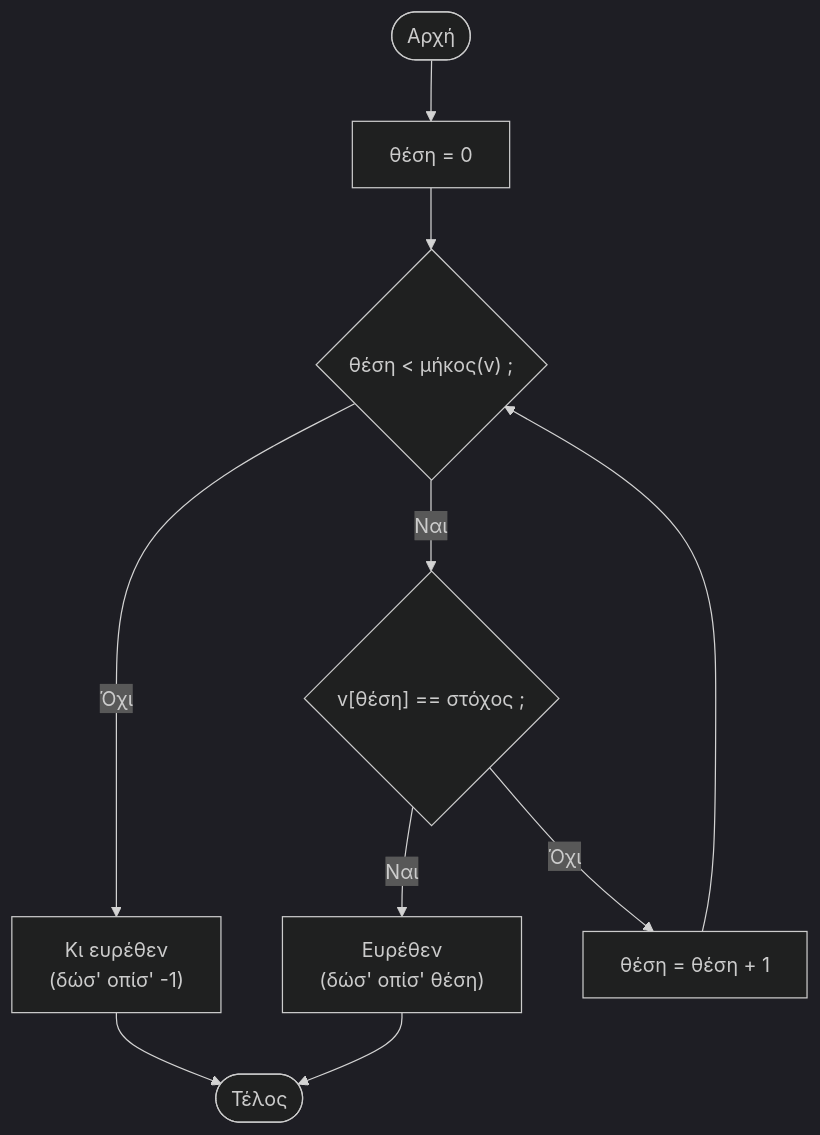
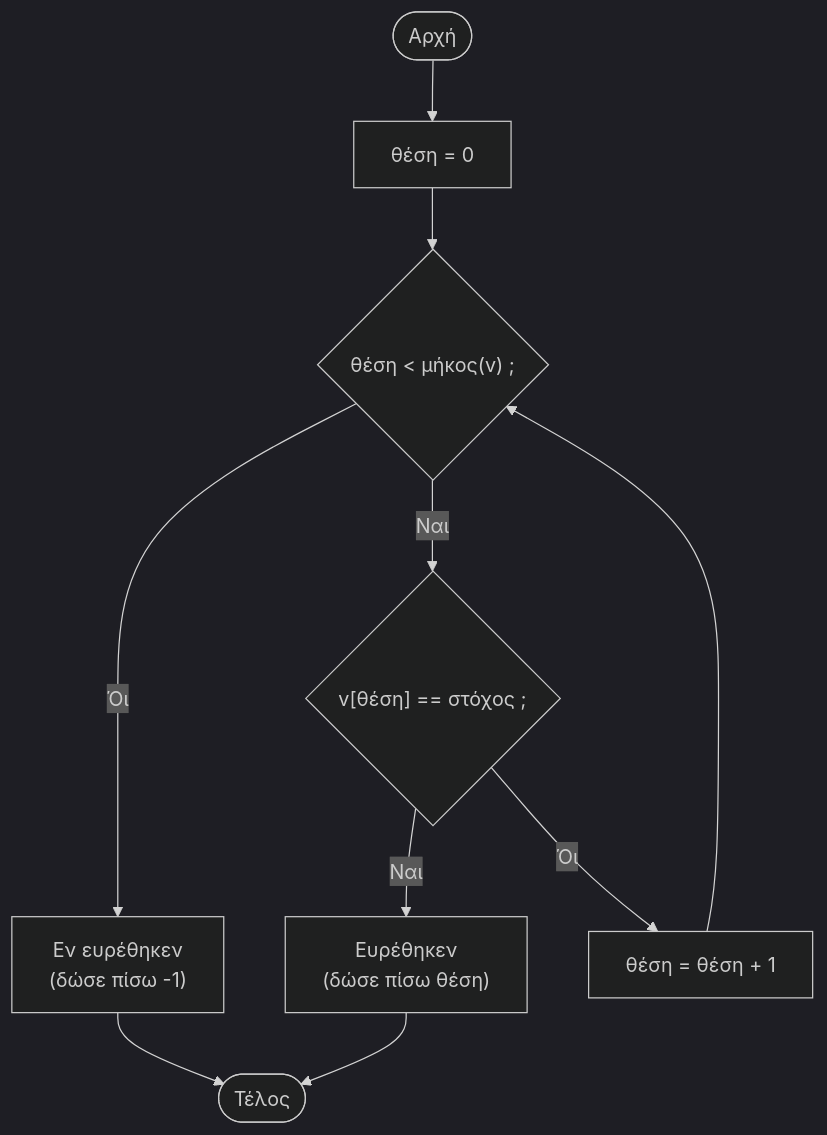
One commit to zafeirakopoulos/pliroforiki changed the first of 5 diagrams in week1.qmd. Above: the diagram before and after it, drawn with Mermaid (dark theme). The commit also changed other lines of this file, not shown here.

````diff
--- a/week1.qmd
+++ b/week1.qmd
@@ -70,14 +70,14 @@
 ```{mermaid}
 flowchart TD
     A(["Αρχή"]) --> B["θέση = 0"]
     B --> C{"θέση < μήκος(v) ;"}
-    C -- "Όχι" --> H["Κι ευρέθεν
-(δώσ' οπίσ' -1)"]
+    C -- "Όι" --> H["Εν ευρέθηκεν
+(δώσε πίσω -1)"]
     C -- "Ναι" --> D{"v[θέση] == στόχος ;"}
-    D -- "Ναι" --> F["Ευρέθεν
-(δώσ' οπίσ' θέση)"]
-    D -- "Όχι" --> E["θέση = θέση + 1"]
+    D -- "Ναι" --> F["Ευρέθηκεν
+(δώσε πίσω θέση)"]
+    D -- "Όι" --> E["θέση = θέση + 1"]
     E --> C
     F --> K(["Τέλος"])
     H --> K
 ```
````
